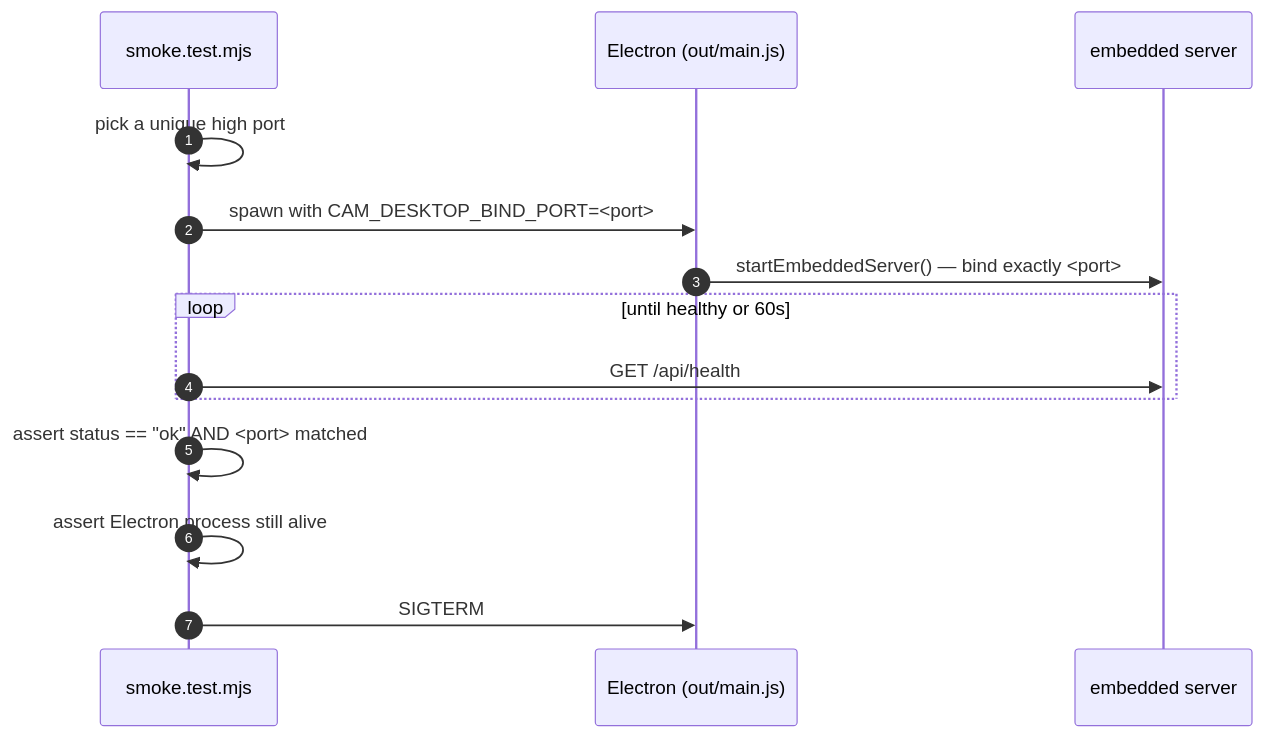
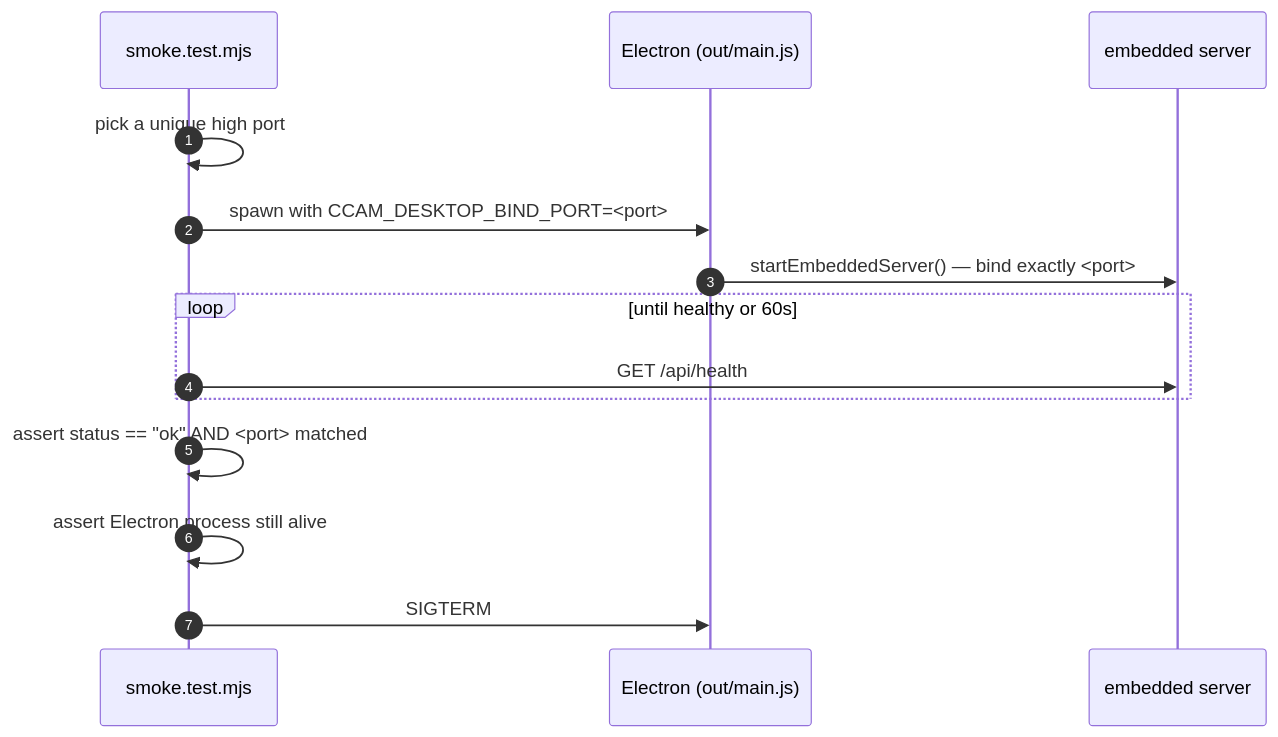
Before and after one commit to buluma/Code-Agent-Monitor: diagram 14 of 14 in desktop/README.md, drawn with Mermaid. The commit also changed other lines of this file and 1142 other files, not shown here.

````diff
--- a/desktop/README.md
+++ b/desktop/README.md
@@ -775,17 +712,17 @@
 ```mermaid
 sequenceDiagram
     autonumber
     participant T as smoke.test.mjs
     participant E as Electron (out/main.js)
     participant S as embedded server
 
     T->>T: pick a unique high port
-    T->>E: spawn with CAM_DESKTOP_BIND_PORT=<port>
+    T->>E: spawn with CCAM_DESKTOP_BIND_PORT=<port>
     E->>S: startEmbeddedServer() — bind exactly <port>
     loop until healthy or 60s
         T->>S: GET /api/health
     end
     T->>T: assert status == "ok" AND <port> matched
     T->>T: assert Electron process still alive
     T->>E: SIGTERM
 ```
````
